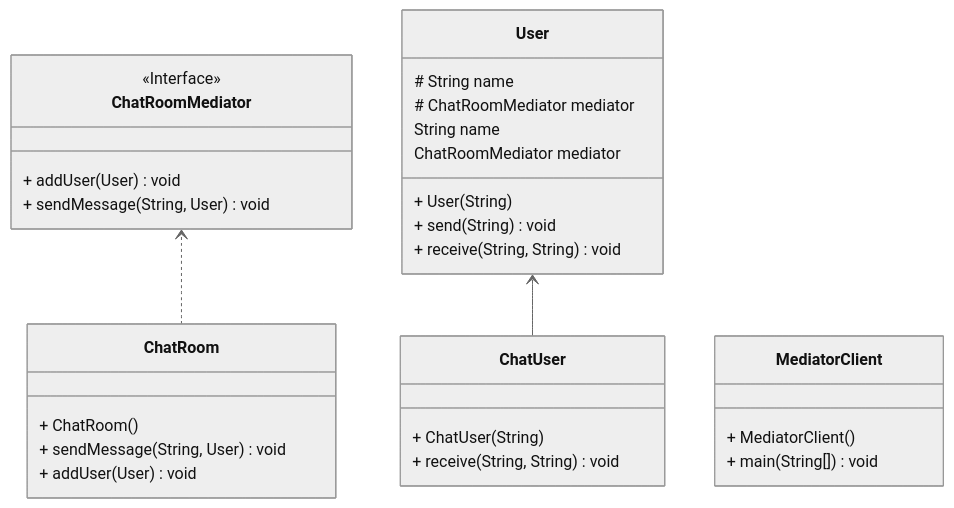
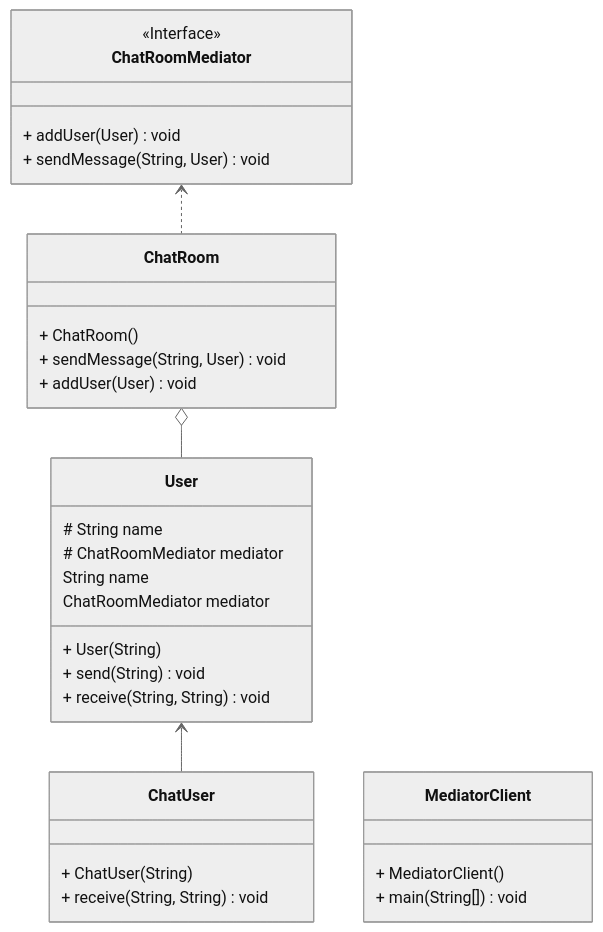
The diagram in escenario3/DiagrmaClases.md (earamirez190/unisabana-maestria-arq-sw1-act1), drawn with Mermaid (neutral theme) before and after one commit.

Commit message:
Corregir el formato en DiagrmaClases.md

````diff
--- a/escenario3/DiagrmaClases.md
+++ b/escenario3/DiagrmaClases.md
@@ -3,38 +3,38 @@
 ```mermaid
 
 
 classDiagram
 direction BT
 class ChatRoom {
   + ChatRoom() 
   + sendMessage(String, User) void
   + addUser(User) void
 }
 class ChatRoomMediator {
 <<Interface>>
   + addUser(User) void
   + sendMessage(String, User) void
 }
 class ChatUser {
   + ChatUser(String) 
   + receive(String, String) void
 }
 class MediatorClient {
   + MediatorClient() 
   + main(String[]) void
 }
 class User {
   + User(String) 
   # String name
   # ChatRoomMediator mediator
   + send(String) void
   + receive(String, String) void
    String name
    ChatRoomMediator mediator
 }
 
 ChatRoom  ..>  ChatRoomMediator 
 ChatUser  -->  User 
-
+User  --o  ChatRoom
 
 ```
````
